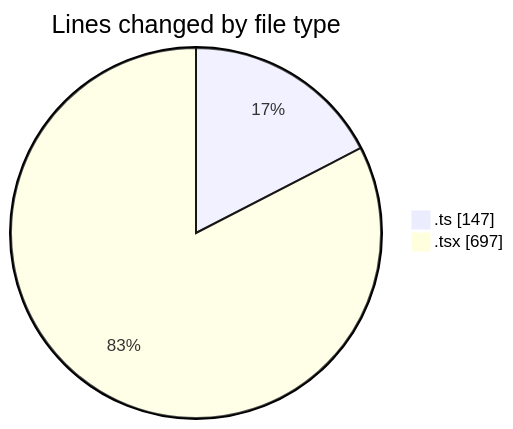
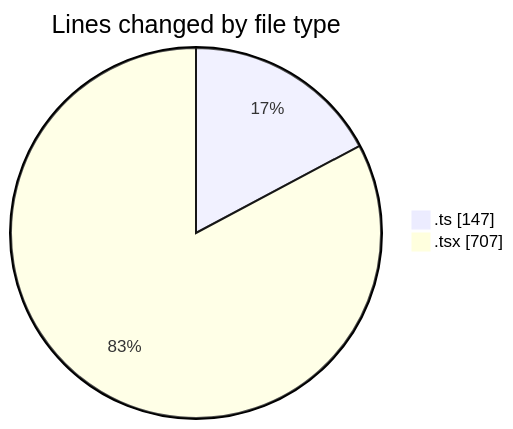
Before and after one commit to nxtqubesakshisongat/code-tracking: the first of 2 diagrams in 2026-03-26/nxtqube_webapp/README.md, drawn with Mermaid. The commit also changed other lines of this file and 1 other file, not shown here.

````diff
--- a/2026-03-26/nxtqube_webapp/README.md
+++ b/2026-03-26/nxtqube_webapp/README.md
@@ -21,6 +21,6 @@
 ```mermaid
 pie showData
 title Lines changed by file type
 ".ts" : 147
-".tsx" : 697
+".tsx" : 707
 ```
````
